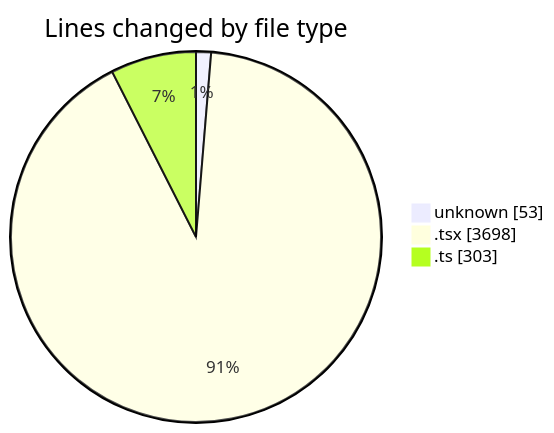
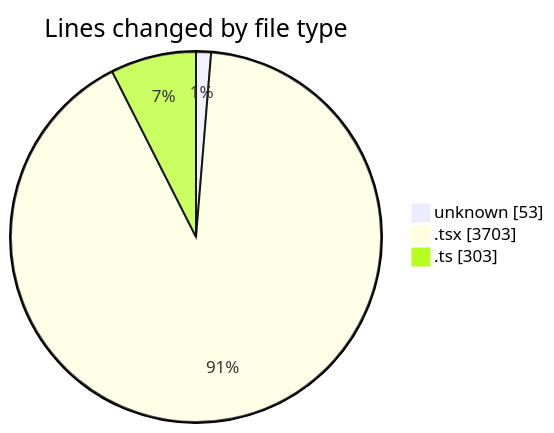
One commit to momahboobian/code-tracking changed the first of 2 diagrams in 2026-01-28/cda/README.md. Above: the diagram before and after it, drawn with Mermaid. The commit also changed other lines of this file and 1 other file, not shown here.

````diff
--- a/2026-01-28/cda/README.md
+++ b/2026-01-28/cda/README.md
@@ -23,7 +23,7 @@
 ```mermaid
 pie showData
 title Lines changed by file type
 "unknown" : 53
-".tsx" : 3698
+".tsx" : 3703
 ".ts" : 303
 ```
````
